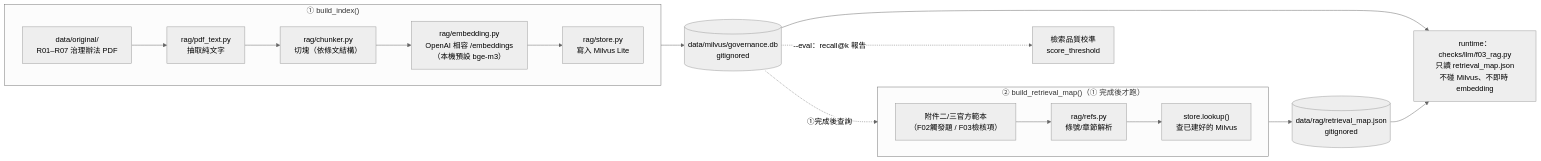
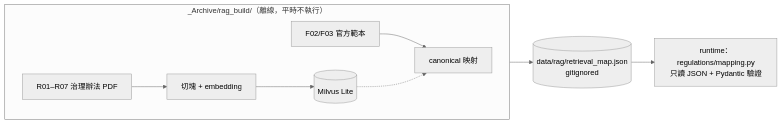
Before and after one commit to xian-ai-1057/AI_gov: the second of 4 diagrams in docs/architecture.md, drawn with Mermaid (neutral theme). The commit also changed other lines of this file and 86 other files, not shown here.

````diff
--- a/docs/architecture.md
+++ b/docs/architecture.md
@@ -75,24 +75,12 @@
 ```mermaid
 flowchart LR
-    subgraph STEP1["① build_index()"]
+    subgraph ARCHIVE["_Archive/rag_build/（離線，平時不執行）"]
         direction LR
-        PDF["data/original/<br/>R01–R07 治理辦法 PDF"] --> TEXT["rag/pdf_text.py<br/>抽取純文字"]
-        TEXT --> CHUNK["rag/chunker.py<br/>切塊（依條文結構）"]
-        CHUNK --> EMBED["rag/embedding.py<br/>OpenAI 相容 /embeddings<br/>（本機預設 bge-m3）"]
-        EMBED --> STORE["rag/store.py<br/>寫入 Milvus Lite"]
+        PDF["R01–R07 治理辦法 PDF"] --> CHUNK["切塊 + embedding"]
+        CHUNK --> MILVUS[("Milvus Lite")]
+        TEMPLATE["F02/F03 官方範本"] --> MAP["canonical 映射"]
+        MILVUS -.-> MAP
     end
-    STORE --> DB[("data/milvus/governance.db<br/>gitignored")]
-
-    subgraph STEP2["② build_retrieval_map()（① 完成後才跑）"]
-        direction LR
-        TEMPLATE["附件二/三官方範本<br/>（F02觸發題 / F03檢核項）"] --> REFS["rag/refs.py<br/>條號/章節解析"]
-        REFS --> LOOKUP["store.lookup()<br/>查已建好的 Milvus"]
-    end
-    DB -.->|"①完成後查詢"| LOOKUP
-    LOOKUP --> MAPFILE[("data/rag/retrieval_map.json<br/>gitignored")]
-
-    DB -.->|"--eval：recall@k 報告"| EVAL["檢索品質校準<br/>score_threshold"]
-
-    DB --> RUNTIME["runtime：checks/llm/f03_rag.py<br/>只讀 retrieval_map.json<br/>不碰 Milvus、不即時 embedding"]
-    MAPFILE --> RUNTIME
+    MAP --> FILE[("data/rag/retrieval_map.json<br/>gitignored")]
+    FILE --> RT["runtime：regulations/mapping.py<br/>只讀 JSON + Pydantic 驗證"]
 ```
````
